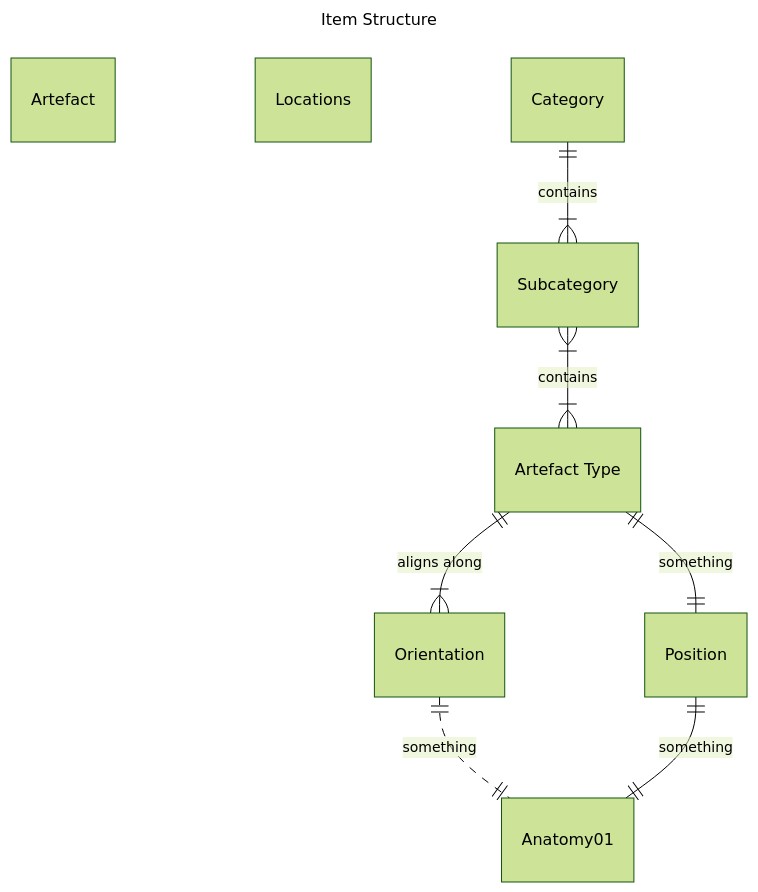
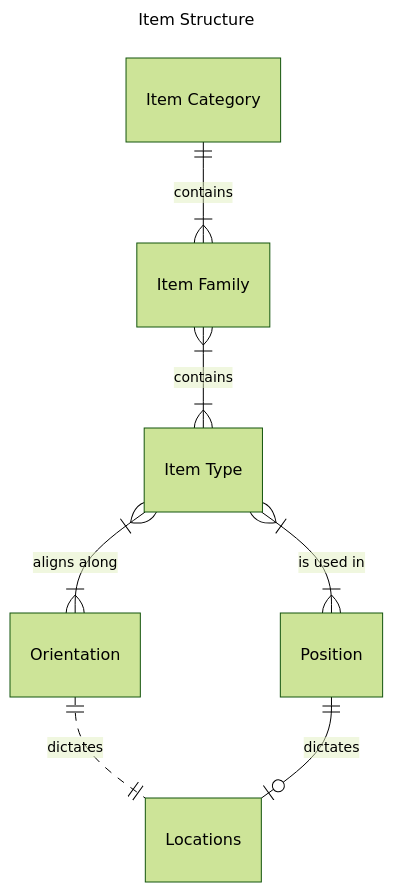
The diagram in docs/itemsStructure.md (JasonWarrenUK/Those-Who-Came-Before), drawn with Mermaid (forest theme) before and after one commit. The commit also changed 7 other files, not shown here.

Commit message:
item scratchpad started encoding orientation & position

````diff
--- a/docs/itemsStructure.md
+++ b/docs/itemsStructure.md
@@ -3,26 +3,19 @@
 ```mermaid
 ---
 title: Item Structure
 ---
 erDiagram
-%% Thing A -- Thing B : relates
-%% Thing A relates to number Thing B
-%% Thing B relates to number Thing A
+Locations
+Orientation
+	Orientation ||..|| Locations : "dictates"
+Position
+	Position ||--o| Locations : "dictates"
 
-Artefact
-
-Locations
-
-Trait00["Orientation"]
-	Trait00 ||..|| Anatomy01 : something
-Trait01["Position"]
-	Trait01 ||--|| Anatomy01 : something
-
-Type01["Category"]
-	Type01 ||--|{ Type02 : contains
-Type02["Subcategory"]
-	Type02 }|--|{ Type03 : contains
-Type03["Artefact Type"]
-	Type03 ||--|{ Trait00 : "aligns along"
-	Type03 ||--|| Trait01 : "something"
+Category["Item Category"]
+	Category ||--|{ Family : "contains"
+Family["Item Family"]
+	Family }|--|{ Type : "contains"
+Type["Item Type"]
+	Type }|--|{ Orientation : "aligns along"
+	Type }|--|{ Position : "is used in"
 ```
````
